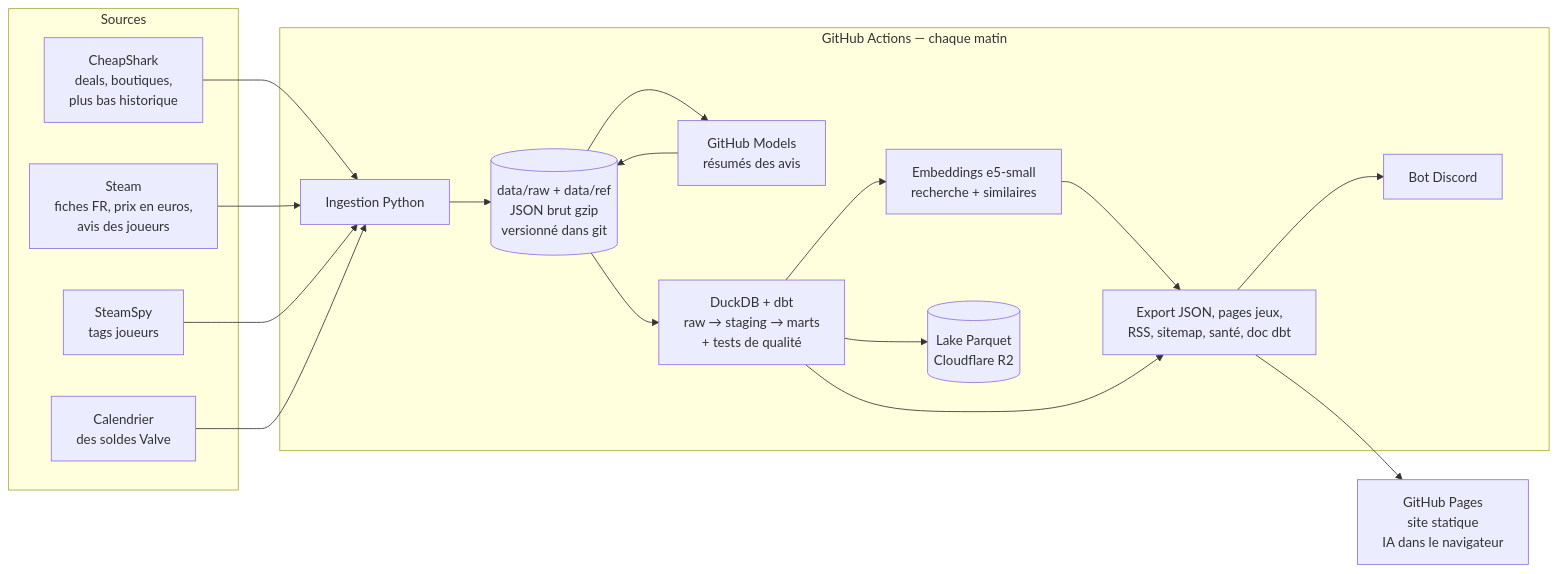
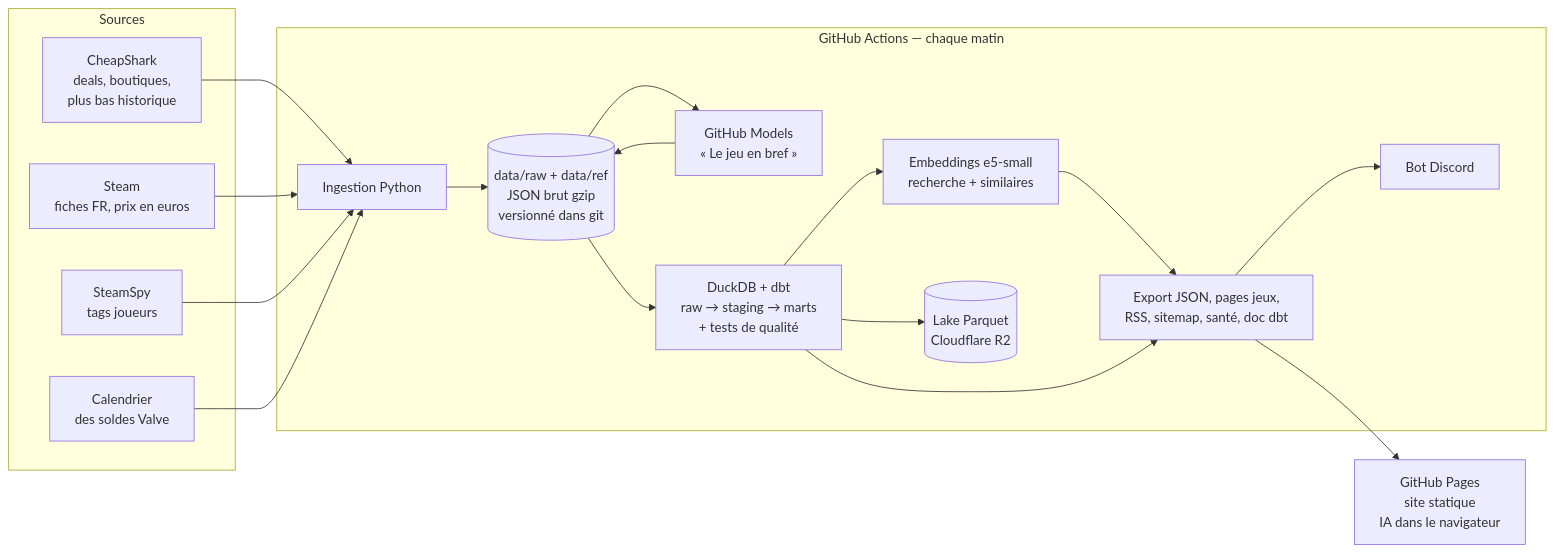
The diagram in README.md (Slfire/deal-hunter), drawn with Mermaid before and after one commit. The commit also changed other lines of this file and 20 other files, not shown here.

Commit message:
v6 : « Le jeu en bref » par IA (remplace les avis Steam, endpoint fermé)

````diff
--- a/README.md
+++ b/README.md
@@ -11,29 +11,29 @@
 ```mermaid
 flowchart LR
     subgraph Sources
         CS[CheapShark<br/>deals, boutiques,<br/>plus bas historique]
-        ST[Steam<br/>fiches FR, prix en euros,<br/>avis des joueurs]
+        ST[Steam<br/>fiches FR, prix en euros]
         SP[SteamSpy<br/>tags joueurs]
         VC[Calendrier<br/>des soldes Valve]
     end
 
     subgraph "GitHub Actions — chaque matin"
         ING[Ingestion Python]
         RAW[(data/raw + data/ref<br/>JSON brut gzip<br/>versionné dans git)]
-        LLM[GitHub Models<br/>résumés des avis]
+        LLM[GitHub Models<br/>« Le jeu en bref »]
         DBT[DuckDB + dbt<br/>raw → staging → marts<br/>+ tests de qualité]
         EMB[Embeddings e5-small<br/>recherche + similaires]
         PUB[Export JSON, pages jeux,<br/>RSS, sitemap, santé, doc dbt]
         LAKE[(Lake Parquet<br/>Cloudflare R2)]
         DIS[Bot Discord]
     end
 
     SITE[GitHub Pages<br/>site statique<br/>IA dans le navigateur]
 
     CS & ST & SP & VC --> ING --> RAW
     RAW --> LLM --> RAW
     RAW --> DBT --> EMB --> PUB --> SITE
     DBT --> PUB
     DBT --> LAKE
     PUB --> DIS
 ```
````
